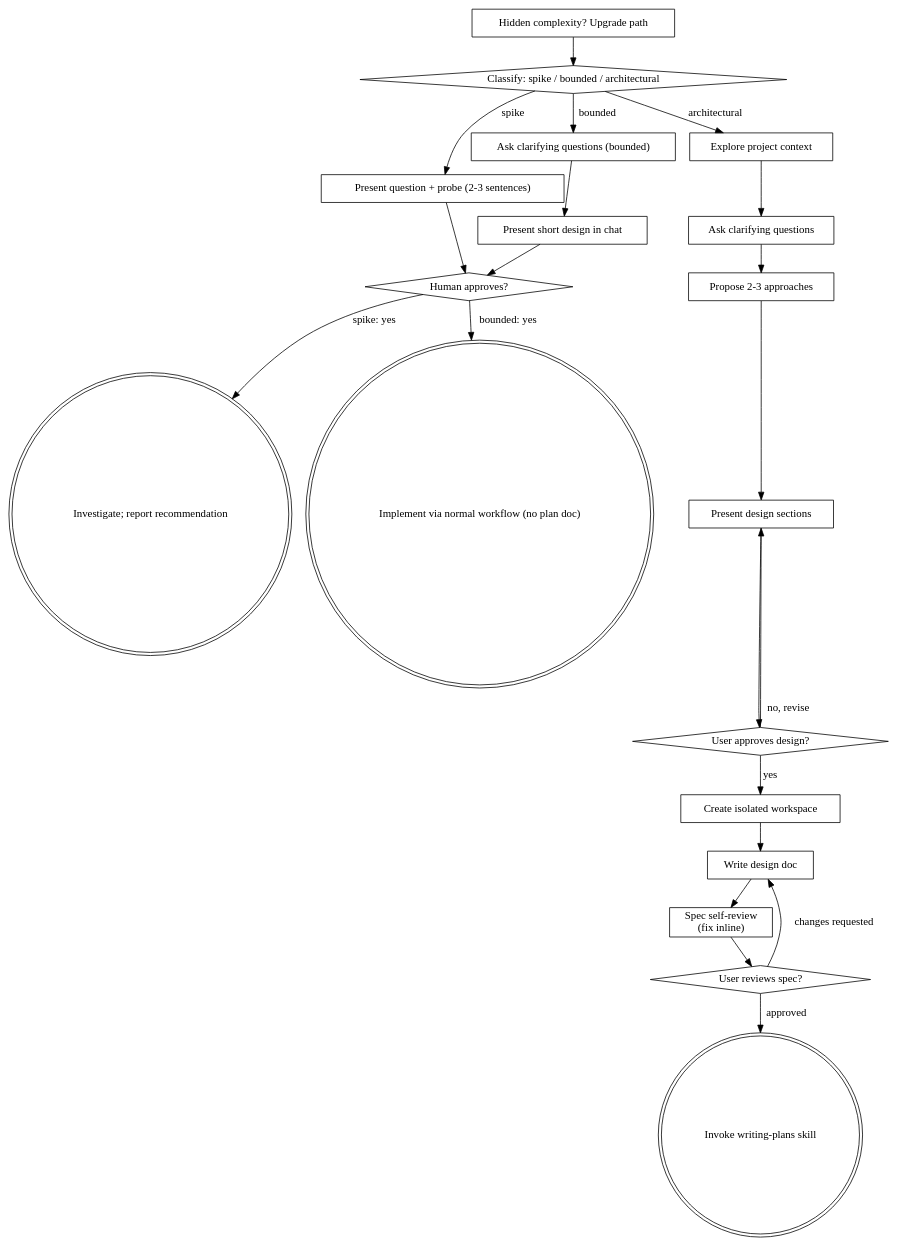
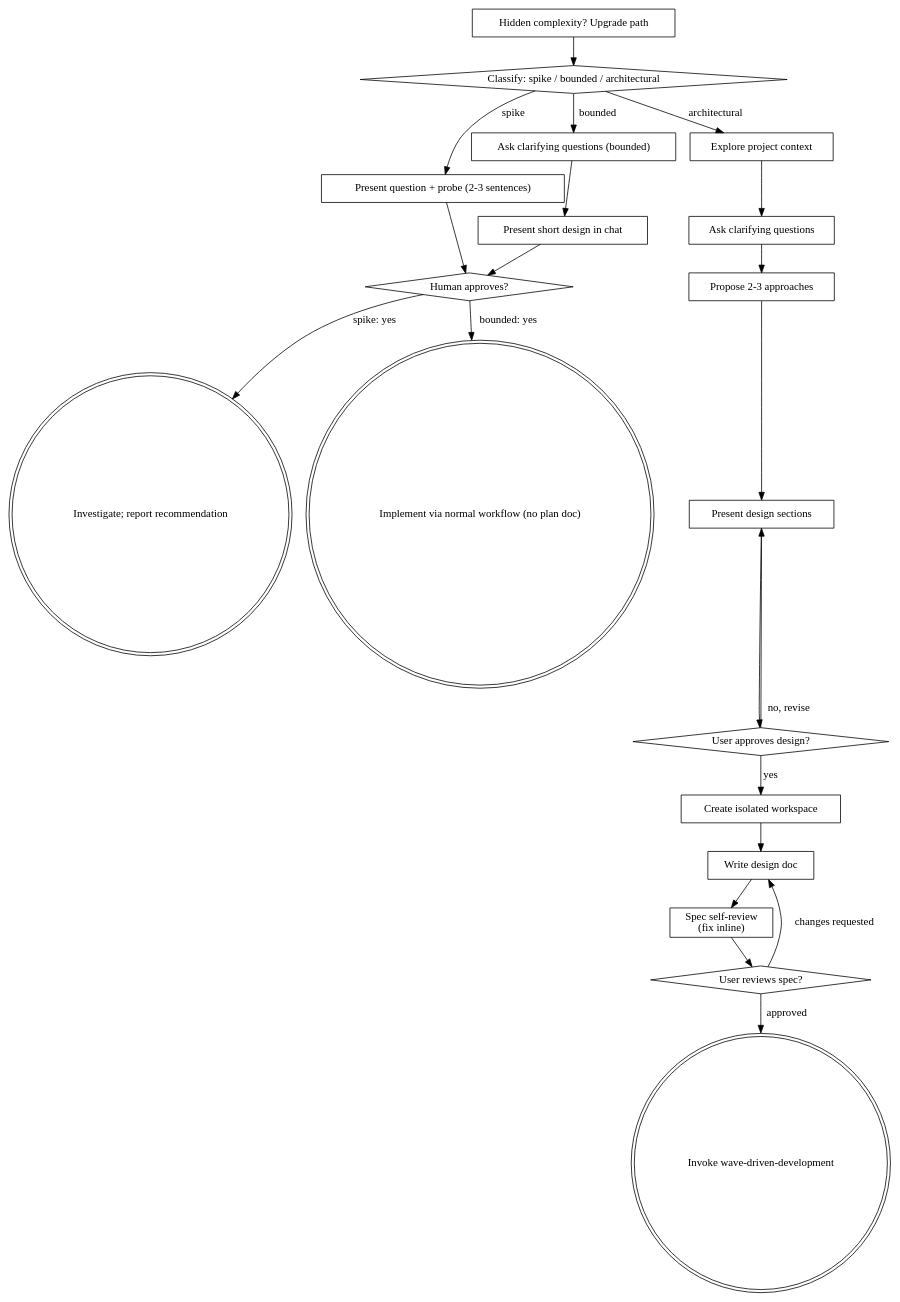
One commit to fendyjong/pitcall changed the diagram in skills/brainstorming/SKILL.md. Above: the diagram before and after it, drawn with Graphviz. The commit also changed other lines of this file and 3 other files, not shown here.

````diff
--- a/skills/brainstorming/SKILL.md
+++ b/skills/brainstorming/SKILL.md
@@ -108,43 +109,43 @@
 ```dot
 digraph brainstorming {
     "Classify: spike / bounded / architectural" [shape=diamond];
     "Present question + probe (2-3 sentences)" [shape=box];
     "Ask clarifying questions (bounded)" [shape=box];
     "Present short design in chat" [shape=box];
     "Human approves?" [shape=diamond];
     "Investigate; report recommendation" [shape=doublecircle];
     "Implement via normal workflow (no plan doc)" [shape=doublecircle];
     "Explore project context" [shape=box];
     "Ask clarifying questions" [shape=box];
     "Propose 2-3 approaches" [shape=box];
     "Present design sections" [shape=box];
     "User approves design?" [shape=diamond];
     "Create isolated workspace" [shape=box];
     "Write design doc" [shape=box];
     "Spec self-review\n(fix inline)" [shape=box];
     "User reviews spec?" [shape=diamond];
-    "Invoke writing-plans skill" [shape=doublecircle];
+    "Invoke wave-driven-development" [shape=doublecircle];
     "Hidden complexity? Upgrade path" [shape=box];
 
     "Classify: spike / bounded / architectural" -> "Present question + probe (2-3 sentences)" [label="spike"];
     "Classify: spike / bounded / architectural" -> "Ask clarifying questions (bounded)" [label="bounded"];
     "Classify: spike / bounded / architectural" -> "Explore project context" [label="architectural"];
     "Present question + probe (2-3 sentences)" -> "Human approves?";
     "Ask clarifying questions (bounded)" -> "Present short design in chat";
     "Present short design in chat" -> "Human approves?";
     "Human approves?" -> "Investigate; report recommendation" [label="spike: yes"];
     "Human approves?" -> "Implement via normal workflow (no plan doc)" [label="bounded: yes"];
     "Hidden complexity? Upgrade path" -> "Classify: spike / bounded / architectural";
     "Explore project context" -> "Ask clarifying questions";
     "Ask clarifying questions" -> "Propose 2-3 approaches";
     "Propose 2-3 approaches" -> "Present design sections";
     "Present design sections" -> "User approves design?";
     "User approves design?" -> "Present design sections" [label="no, revise"];
     "User approves design?" -> "Create isolated workspace" [label="yes"];
     "Create isolated workspace" -> "Write design doc";
     "Write design doc" -> "Spec self-review\n(fix inline)";
     "Spec self-review\n(fix inline)" -> "User reviews spec?";
     "User reviews spec?" -> "Write design doc" [label="changes requested"];
-    "User reviews spec?" -> "Invoke writing-plans skill" [label="approved"];
+    "User reviews spec?" -> "Invoke wave-driven-development" [label="approved"];
 }
 ```
````
